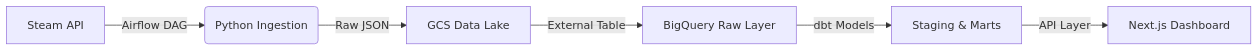
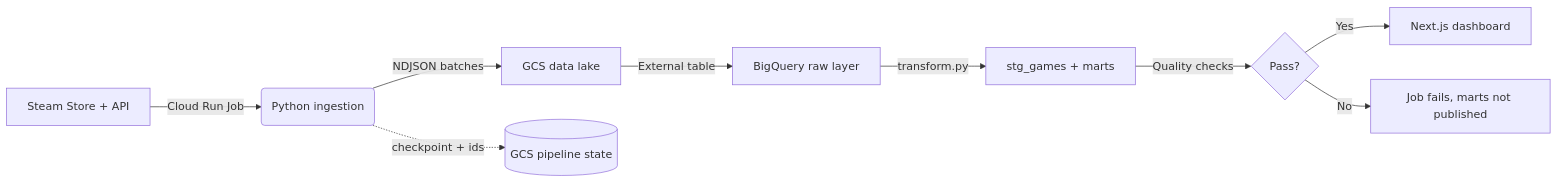
Before and after one commit to deceasedone/SteamPulse: the diagram in README.md, drawn with Mermaid. The commit also changed other lines of this file and 58 other files, not shown here.

````diff
--- a/README.md
+++ b/README.md
@@ -24,9 +19,11 @@
 ```mermaid
 graph LR
-    A[Steam API] -->|Airflow DAG| B(Python Ingestion)
-    B -->|Raw JSON| C[GCS Data Lake]
-    C -->|External Table| D[BigQuery Raw Layer]
-    D -->|dbt Models| E[Staging & Marts]
-    E -->|API Layer| F[Next.js Dashboard]
-
+    A[Steam Store + API] -->|Cloud Run Job| B(Python ingestion)
+    B -->|NDJSON batches| C[GCS data lake]
+    B -.->|checkpoint + ids| S[(GCS pipeline state)]
+    C -->|External table| D[BigQuery raw layer]
+    D -->|transform.py| E[stg_games + marts]
+    E -->|Quality checks| F{Pass?}
+    F -->|Yes| G[Next.js dashboard]
+    F -->|No| H[Job fails, marts not published]
 ```
````
